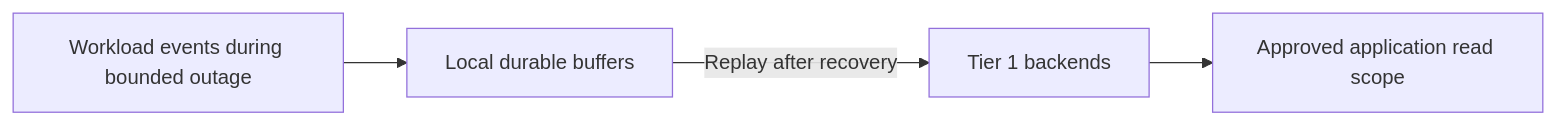
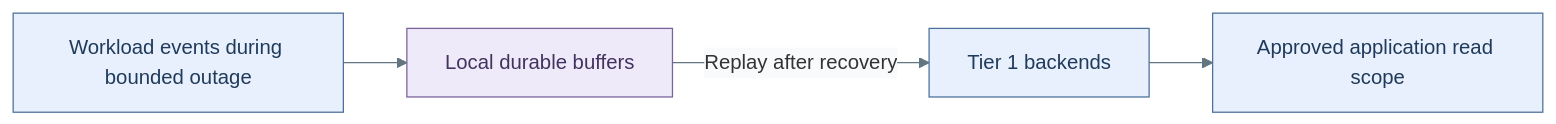
Before and after one commit to Rexus/homelab: the third of 3 diagrams in docs/deployment/stage-6-workloads/telemetry.md, drawn with Mermaid. The commit also changed other lines of this file and 49 other files, not shown here.

Commit message:
docs(diagrams): clarify tier layouts and visual styles

````diff
--- a/docs/deployment/stage-6-workloads/telemetry.md
+++ b/docs/deployment/stage-6-workloads/telemetry.md
@@ -49,6 +63,12 @@
 ```mermaid
+%%{init: {"theme":"base","themeVariables":{"lineColor":"#627581","edgeLabelBackground":"#f8fafc"}}}%%
 flowchart LR
   Source["Workload events during bounded outage"] --> Buffer["Local durable buffers"]
   Buffer -->|Replay after recovery| Backend["Tier 1 backends"]
   Backend --> View["Approved application read scope"]
+  classDef default fill:#f8fafc,stroke:#64748b,color:#1f2937
+  classDef services fill:#e7f0fc,stroke:#4d719b,color:#203a5b
+  classDef data fill:#eeeafa,stroke:#78639b,color:#42325d
+  class Source,Backend,View services
+  class Buffer data
 ```
````
